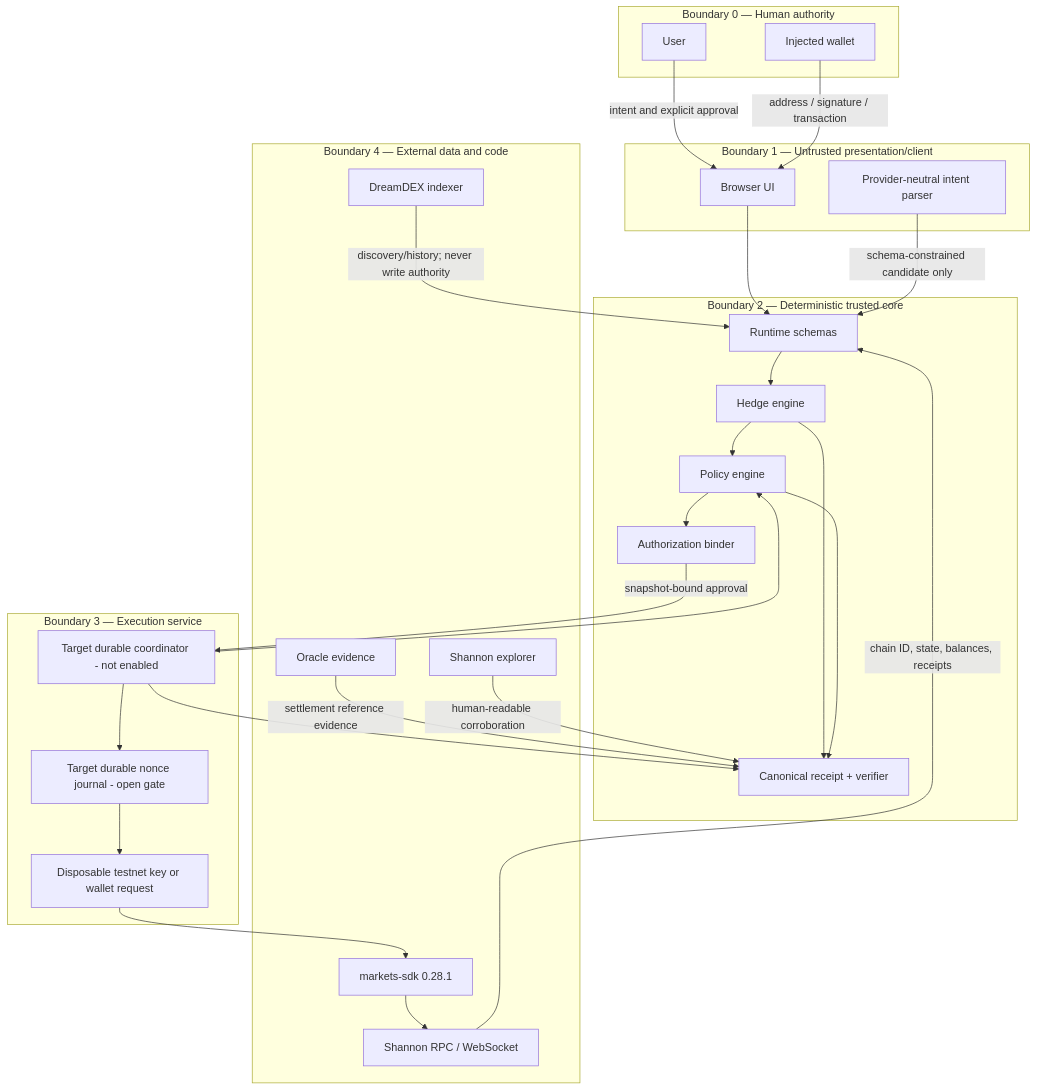
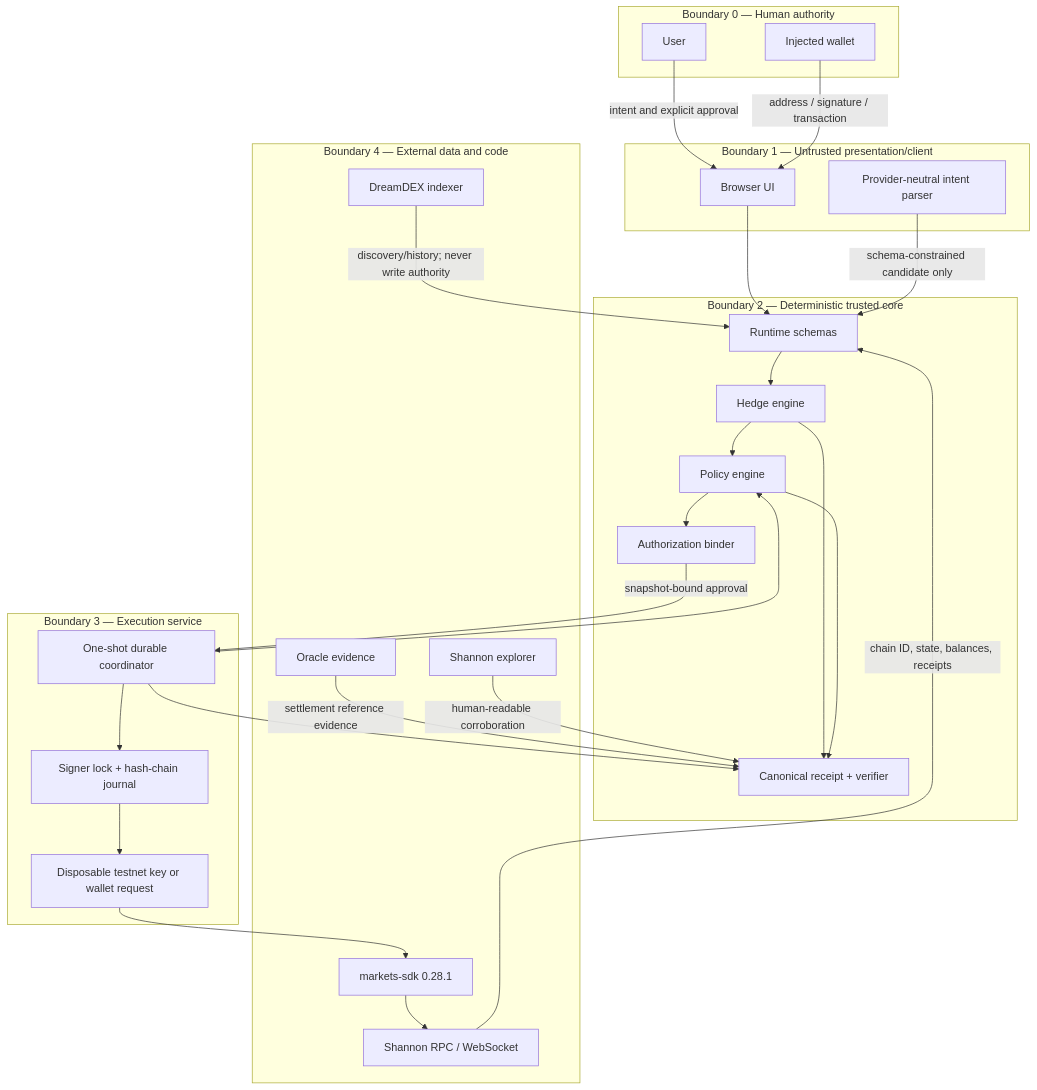
One commit to tang-vu/outcome-guard changed the diagram in docs/architecture/trust-boundaries.md. Above: the diagram before and after it, drawn with Mermaid. The commit also changed other lines of this file and 8 other files, not shown here.

````diff
--- a/docs/architecture/trust-boundaries.md
+++ b/docs/architecture/trust-boundaries.md
@@ -7,55 +7,55 @@
 ```mermaid
 flowchart TB
     subgraph B0[Boundary 0 — Human authority]
       U[User]
       IW[Injected wallet]
     end
 
     subgraph B1[Boundary 1 — Untrusted presentation/client]
       UI[Browser UI]
       NLP[Provider-neutral intent parser]
     end
 
     subgraph B2[Boundary 2 — Deterministic trusted core]
       SCH[Runtime schemas]
       HE[Hedge engine]
       PE[Policy engine]
       CAN[Canonical receipt + verifier]
       AUTH[Authorization binder]
     end
 
     subgraph B3[Boundary 3 — Execution service]
-      COORD[Target durable coordinator - not enabled]
-      NONCE[Target durable nonce journal - open gate]
+      COORD[One-shot durable coordinator]
+      NONCE[Signer lock + hash-chain journal]
       KEY[Disposable testnet key or wallet request]
     end
 
     subgraph B4[Boundary 4 — External data and code]
       SDK[markets-sdk 0.28.1]
       IDX[DreamDEX indexer]
       RPC[Shannon RPC / WebSocket]
       ORA[Oracle evidence]
       EXP[Shannon explorer]
     end
 
     U -->|intent and explicit approval| UI
     IW -->|address / signature / transaction| UI
     UI --> SCH
     NLP -->|schema-constrained candidate only| SCH
     SCH --> HE
     HE --> PE
     PE --> AUTH
     AUTH -->|snapshot-bound approval| COORD
     COORD --> PE
     COORD --> NONCE
     NONCE --> KEY
     KEY --> SDK
     SDK --> RPC
     IDX -->|discovery/history; never write authority| SCH
     RPC -->|chain ID, state, balances, receipts| SCH
     ORA -->|settlement reference evidence| CAN
     EXP -->|human-readable corroboration| CAN
     HE --> CAN
     PE --> CAN
     COORD --> CAN
 ```
````
